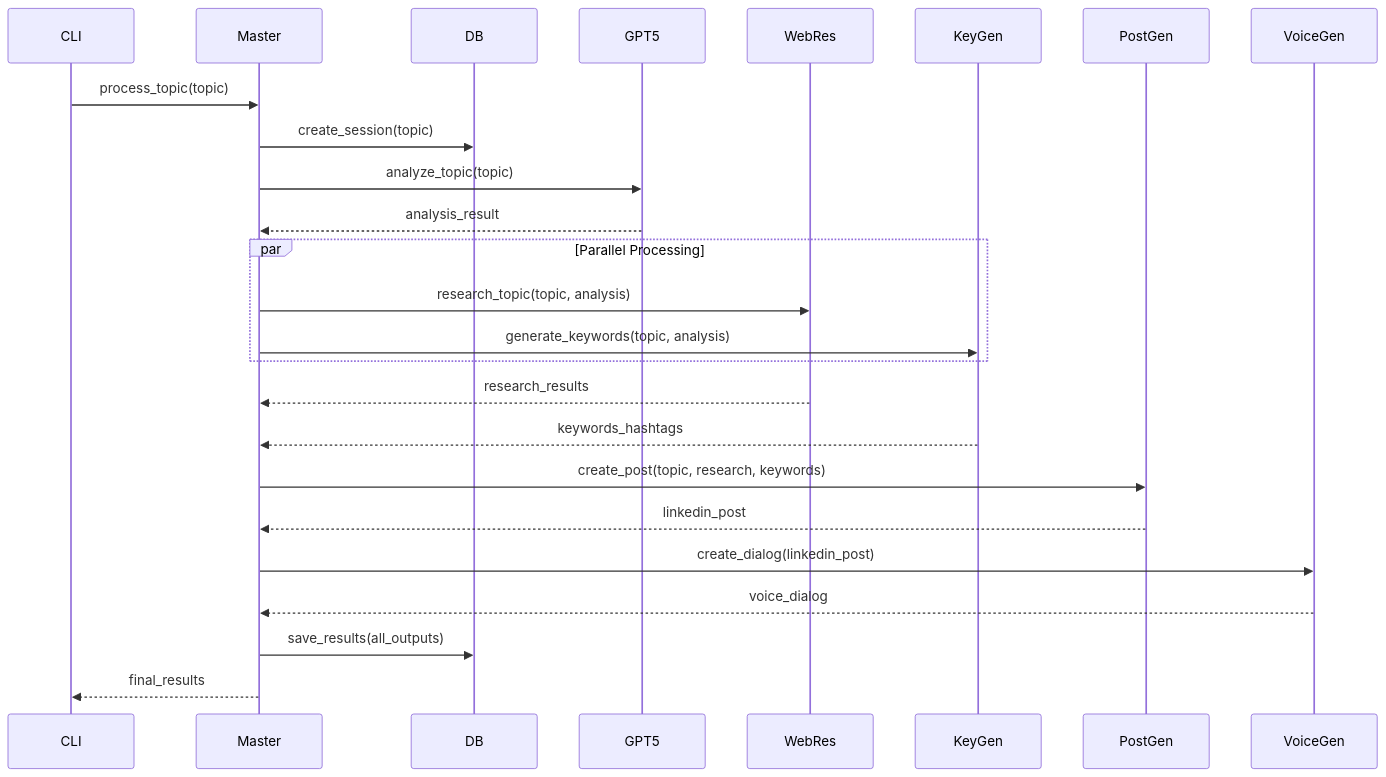
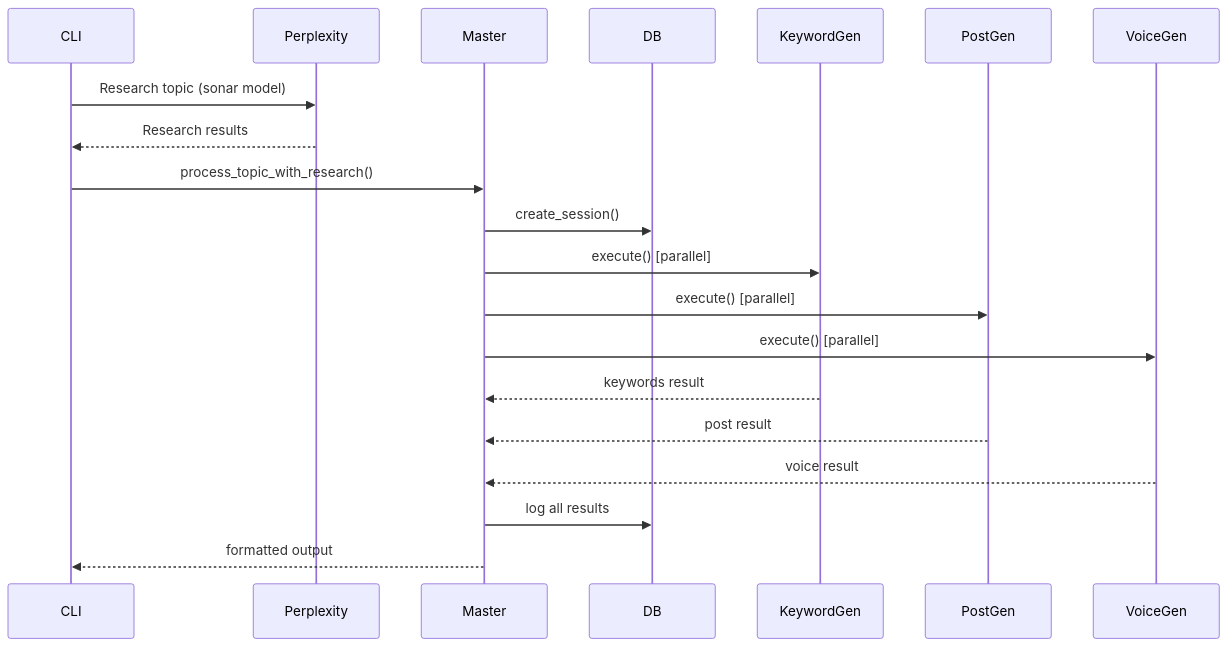
The diagram in technical_specifications.md (wubbyweb/agentic-podcast-generator), drawn with Mermaid before and after one commit. The commit also changed other lines of this file and 17 other files, not shown here.

````diff
--- a/technical_specifications.md
+++ b/technical_specifications.md
@@ -85,33 +110,23 @@
 ```mermaid
 sequenceDiagram
     participant CLI
+    participant Perplexity
     participant Master
     participant DB
-    participant GPT5
-    participant WebRes
-    participant KeyGen
+    participant KeywordGen
     participant PostGen
     participant VoiceGen
 
-    CLI->>Master: process_topic(topic)
-    Master->>DB: create_session(topic)
-    Master->>GPT5: analyze_topic(topic)
-    GPT5-->>Master: analysis_result
-
-    par Parallel Processing
-        Master->>WebRes: research_topic(topic, analysis)
-        Master->>KeyGen: generate_keywords(topic, analysis)
-    end
-
-    WebRes-->>Master: research_results
-    KeyGen-->>Master: keywords_hashtags
-
-    Master->>PostGen: create_post(topic, research, keywords)
-    PostGen-->>Master: linkedin_post
-
-    Master->>VoiceGen: create_dialog(linkedin_post)
-    VoiceGen-->>Master: voice_dialog
-
-    Master->>DB: save_results(all_outputs)
-    Master-->>CLI: final_results
+    CLI->>Perplexity: Research topic (sonar model)
+    Perplexity-->>CLI: Research results
+    CLI->>Master: process_topic_with_research()
+    Master->>DB: create_session()
+    Master->>KeywordGen: execute() [parallel]
+    Master->>PostGen: execute() [parallel]
+    Master->>VoiceGen: execute() [parallel]
+    KeywordGen-->>Master: keywords result
+    PostGen-->>Master: post result
+    VoiceGen-->>Master: voice result
+    Master->>DB: log all results
+    Master-->>CLI: formatted output
 ```
````
